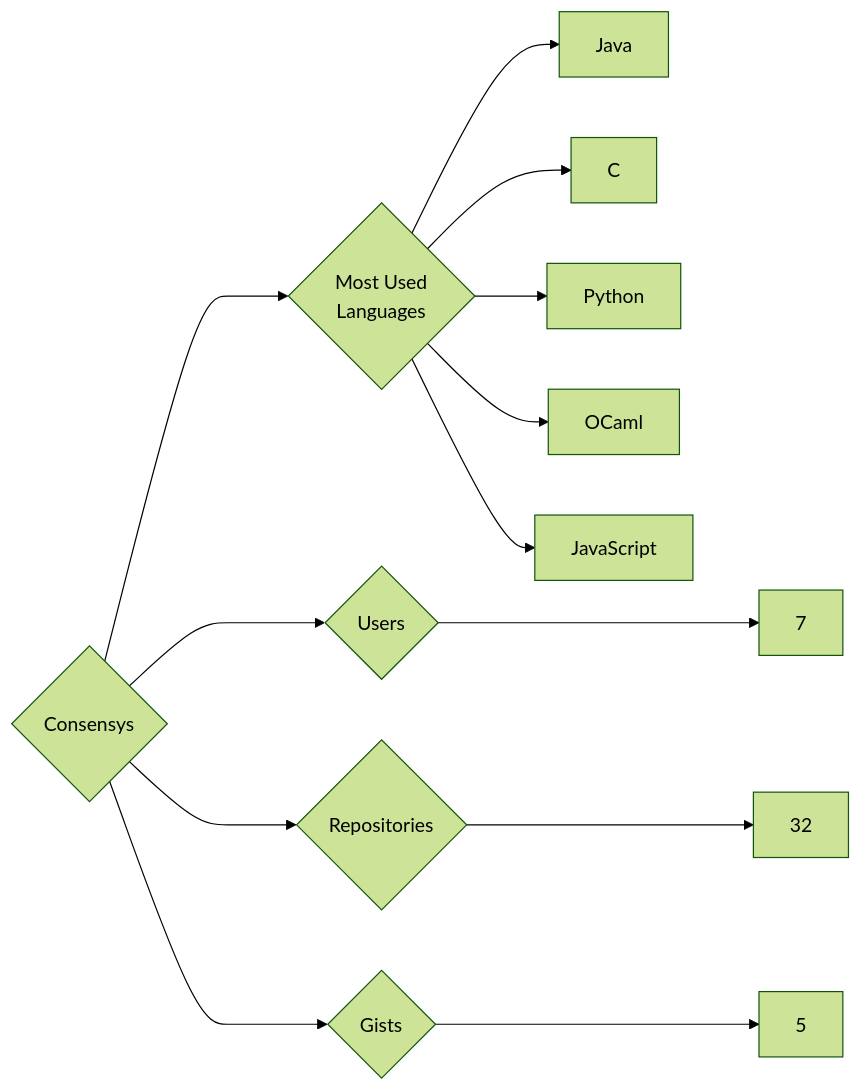
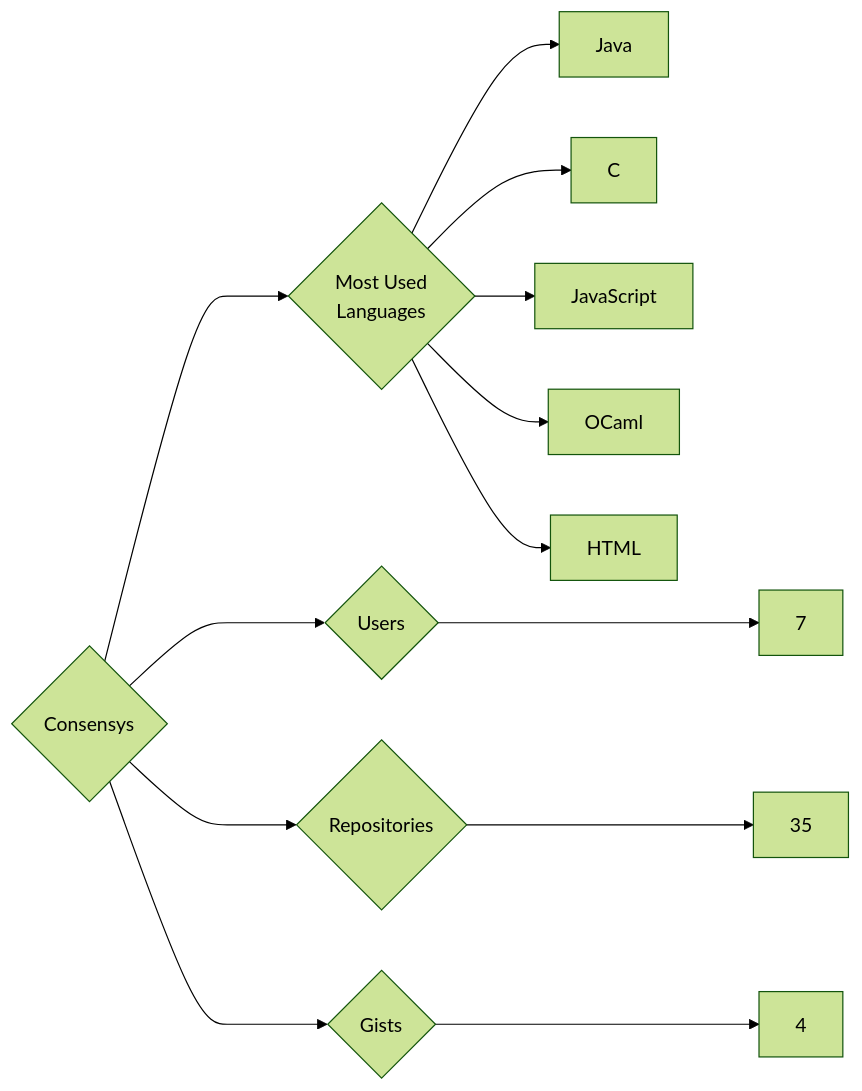
One commit to trickest/insiders changed the diagram in targets/Consensys/README.md. Above: the diagram before and after it, drawn with Mermaid (forest theme). The commit also changed 880 other files, not shown here.

````diff
--- a/targets/Consensys/README.md
+++ b/targets/Consensys/README.md
@@ -3,13 +3,13 @@
 ```mermaid
 graph LR
 COMPANY_NAME{Consensys}
 COMPANY_NAME ---> U{Users} ---> UN[7]
-COMPANY_NAME ---> R{Repositories} ---> RN[32]
-COMPANY_NAME ---> G{Gists} ---> GN[5]
+COMPANY_NAME ---> R{Repositories} ---> RN[35]
+COMPANY_NAME ---> G{Gists} ---> GN[4]
 COMPANY_NAME ---> ML{Most Used<br>Languages}
 ML --> Java[Java]
 ML --> C[C]
-ML --> Python[Python]
+ML --> JavaScript[JavaScript]
 ML --> OCaml[OCaml]
-ML --> JavaScript[JavaScript]
+ML --> HTML[HTML]
 ```
````
